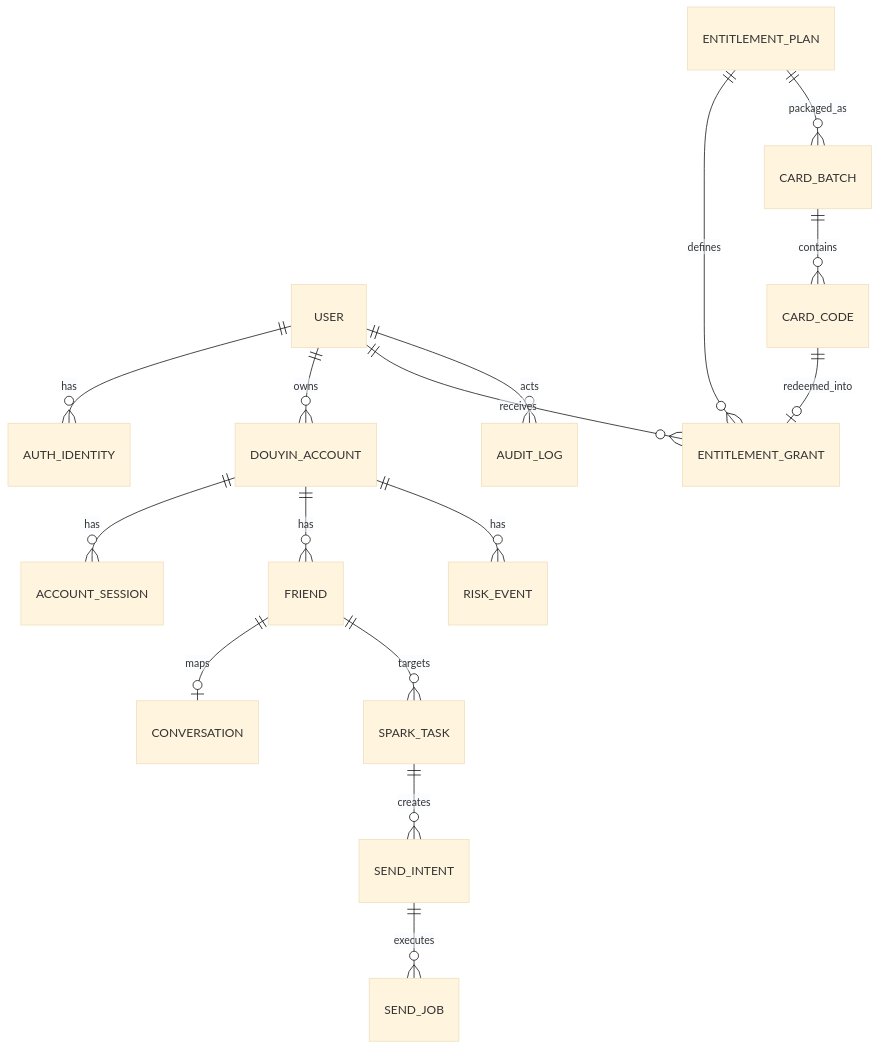
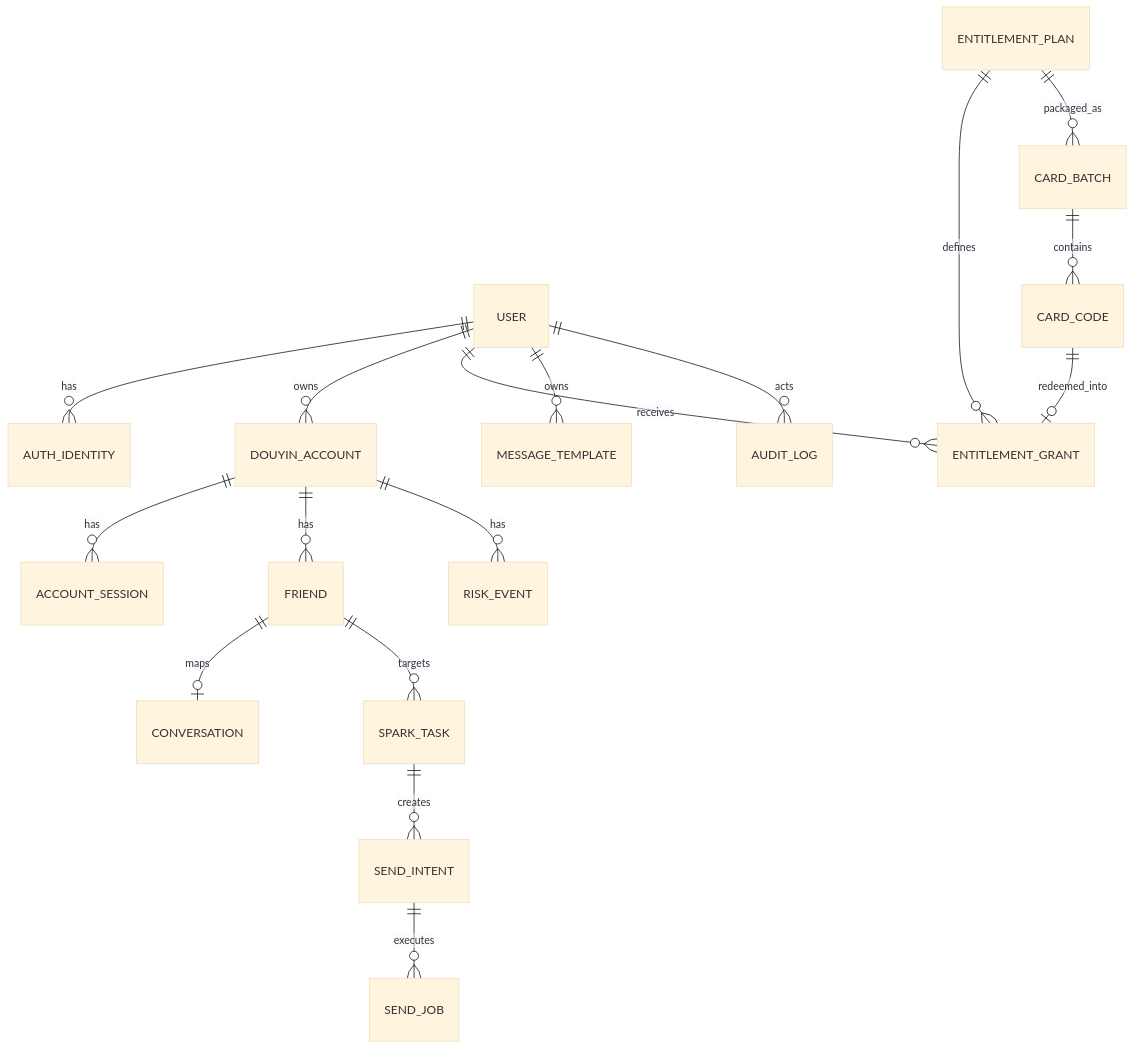
One commit to Mahoo12138/douyin-keeper changed the diagram in docs/03-domain-data.md. Above: the diagram before and after it, drawn with Mermaid (base theme). The commit also changed other lines of this file and 23 other files, not shown here.

Commit message:
feat(templates): add reusable message template pool

````diff
--- a/docs/03-domain-data.md
+++ b/docs/03-domain-data.md
@@ -5,18 +5,19 @@
 ```mermaid
 erDiagram
     USER ||--o{ AUTH_IDENTITY : has
     USER ||--o{ DOUYIN_ACCOUNT : owns
     USER ||--o{ ENTITLEMENT_GRANT : receives
+    USER ||--o{ MESSAGE_TEMPLATE : owns
     ENTITLEMENT_PLAN ||--o{ ENTITLEMENT_GRANT : defines
     ENTITLEMENT_PLAN ||--o{ CARD_BATCH : packaged_as
     CARD_BATCH ||--o{ CARD_CODE : contains
     CARD_CODE ||--o| ENTITLEMENT_GRANT : redeemed_into
     DOUYIN_ACCOUNT ||--o{ ACCOUNT_SESSION : has
     DOUYIN_ACCOUNT ||--o{ FRIEND : has
     FRIEND ||--o| CONVERSATION : maps
     FRIEND ||--o{ SPARK_TASK : targets
     SPARK_TASK ||--o{ SEND_INTENT : creates
     SEND_INTENT ||--o{ SEND_JOB : executes
     DOUYIN_ACCOUNT ||--o{ RISK_EVENT : has
     USER ||--o{ AUDIT_LOG : acts
 ```
````
